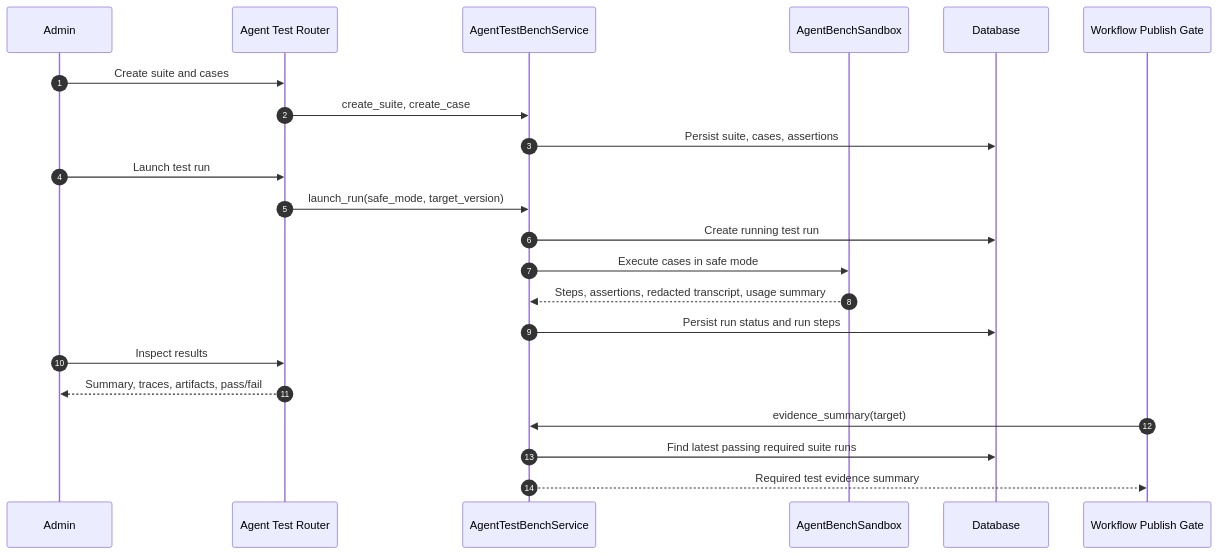
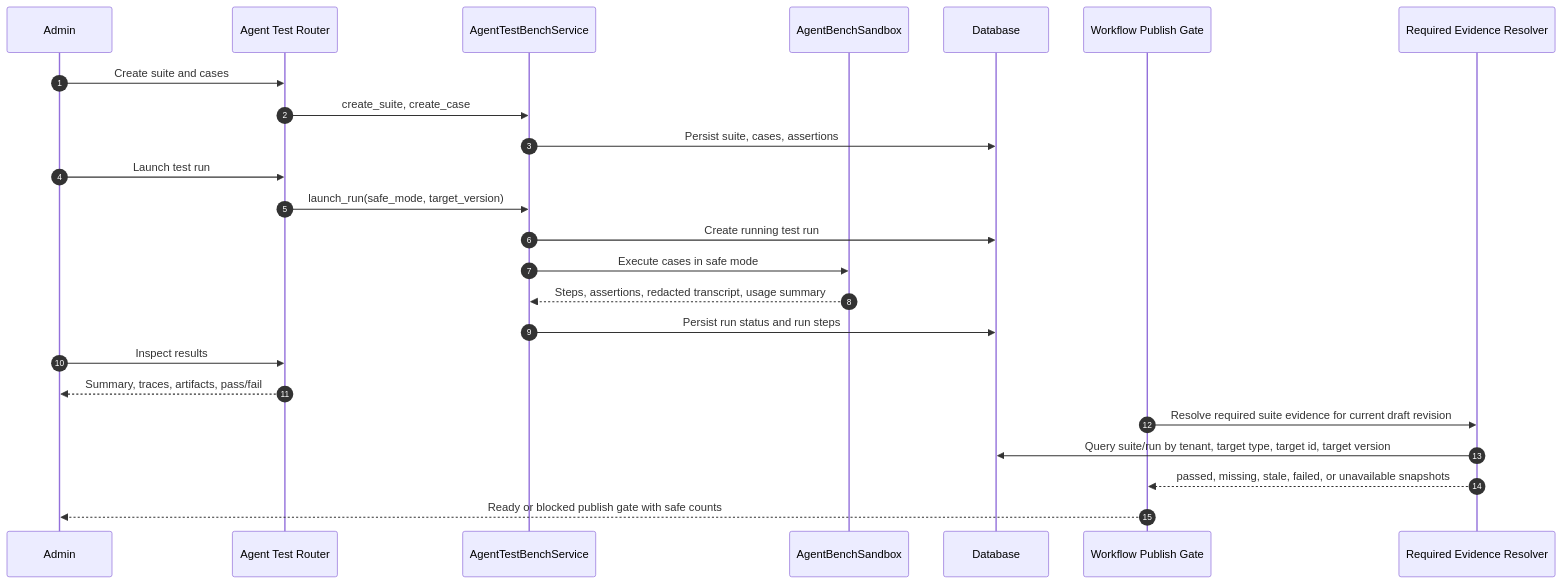
Diagram 34 of 35 in system_architecture.md (scott5252/multi-agent), drawn with Mermaid before and after one commit. The commit also changed other lines of this file and 6 other files, not shown here.

````diff
--- a/system_architecture.md
+++ b/system_architecture.md
@@ -1626,25 +2011,27 @@
 ```mermaid
 sequenceDiagram
     autonumber
     participant Admin as Admin
     participant Router as Agent Test Router
     participant Bench as AgentTestBenchService
     participant Sandbox as AgentBenchSandbox
     participant DB as Database
     participant Workflow as Workflow Publish Gate
+    participant Evidence as Required Evidence Resolver
 
     Admin->>Router: Create suite and cases
     Router->>Bench: create_suite, create_case
     Bench->>DB: Persist suite, cases, assertions
     Admin->>Router: Launch test run
     Router->>Bench: launch_run(safe_mode, target_version)
     Bench->>DB: Create running test run
     Bench->>Sandbox: Execute cases in safe mode
     Sandbox-->>Bench: Steps, assertions, redacted transcript, usage summary
     Bench->>DB: Persist run status and run steps
     Admin->>Router: Inspect results
     Router-->>Admin: Summary, traces, artifacts, pass/fail
-    Workflow->>Bench: evidence_summary(target)
-    Bench->>DB: Find latest passing required suite runs
-    Bench-->>Workflow: Required test evidence summary
+    Workflow->>Evidence: Resolve required suite evidence for current draft revision
+    Evidence->>DB: Query suite/run by tenant, target type, target id, target version
+    Evidence-->>Workflow: passed, missing, stale, failed, or unavailable snapshots
+    Workflow-->>Admin: Ready or blocked publish gate with safe counts
 ```
````
